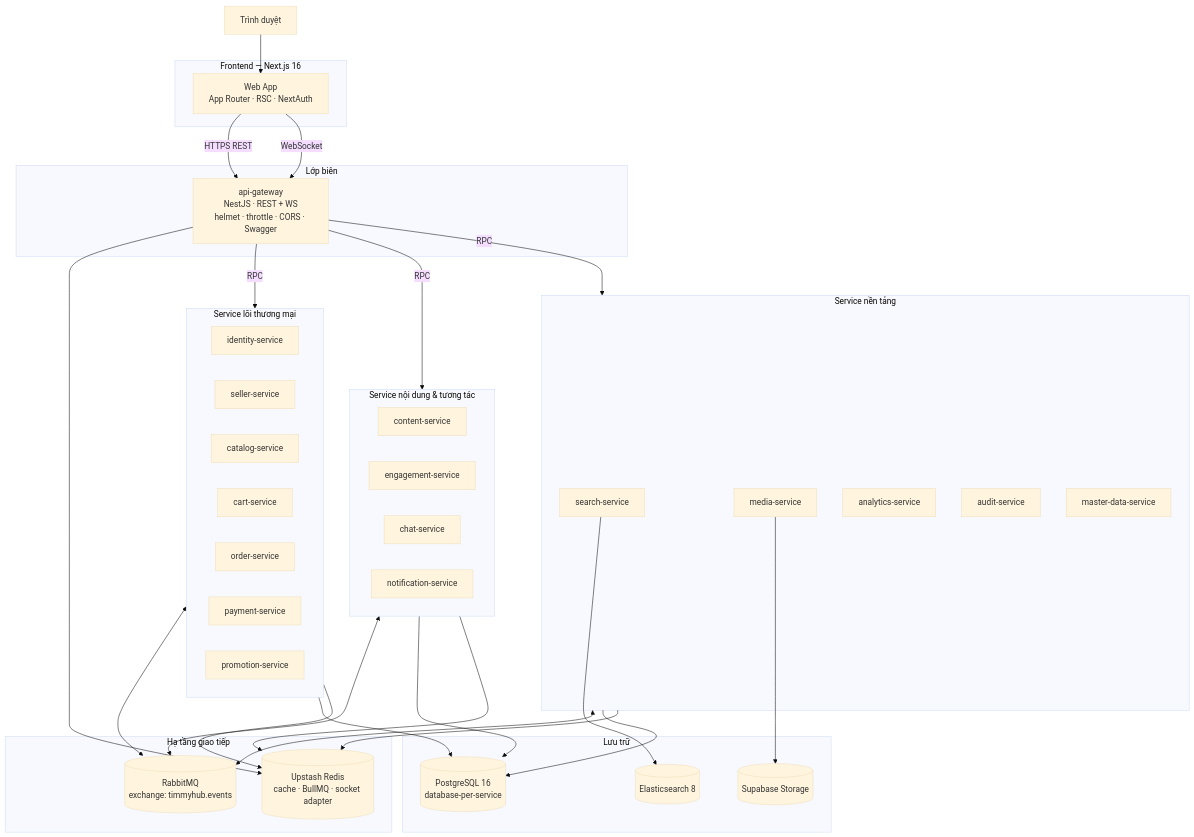
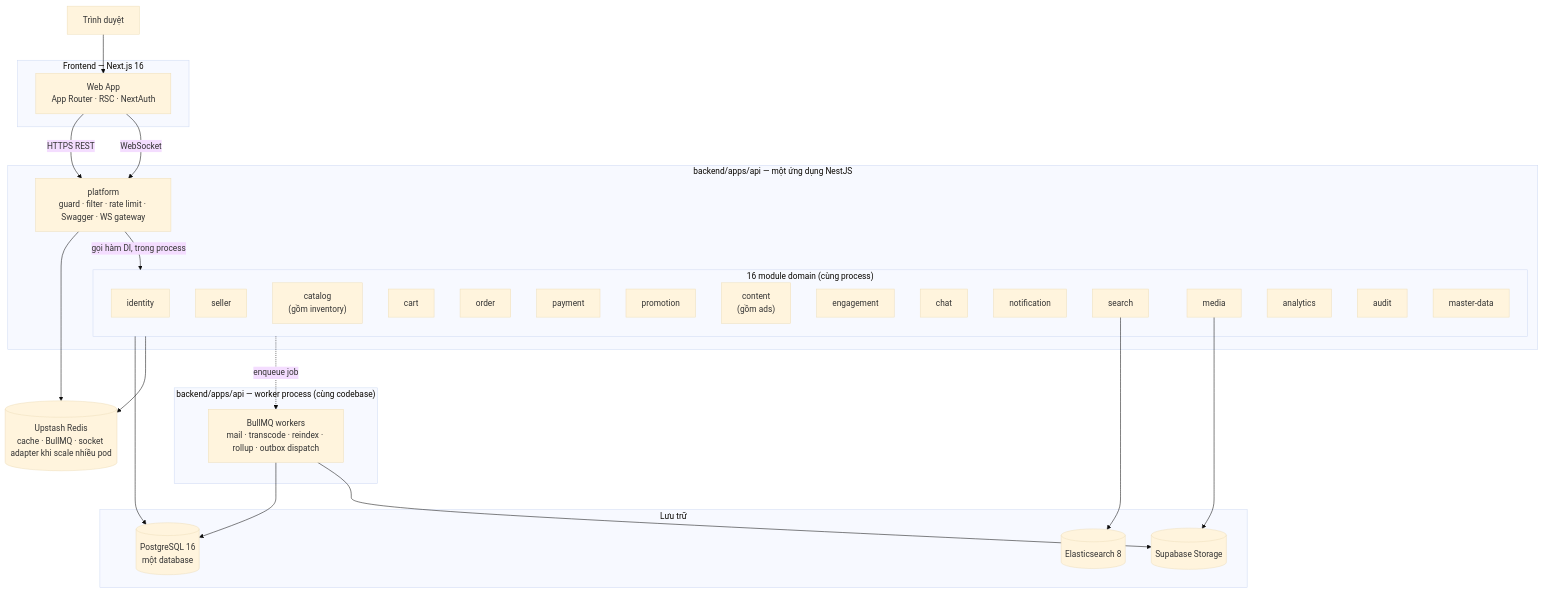
The second of 4 diagrams in docs/01-architecture/system-architecture.md (timmy277/timmyhub), drawn with Mermaid (base theme) before and after one commit. The commit also changed other lines of this file and 34 other files, not shown here.

````diff
--- a/docs/01-architecture/system-architecture.md
+++ b/docs/01-architecture/system-architecture.md
@@ -49,71 +56,58 @@
 ```mermaid
 flowchart TB
     BROWSER["Trình duyệt"]
 
     subgraph FE["Frontend — Next.js 16"]
         WEB["Web App<br/>App Router · RSC · NextAuth"]
     end
 
-    subgraph EDGE["Lớp biên"]
-        GW["api-gateway<br/>NestJS · REST + WS<br/>helmet · throttle · CORS · Swagger"]
+    subgraph API["backend/apps/api — một ứng dụng NestJS"]
+        GW["platform<br/>guard · filter · rate limit · Swagger · WS gateway"]
+        subgraph MODULES["16 module domain (cùng process)"]
+            IDN["identity"]
+            SEL["seller"]
+            CAT["catalog<br/>(gồm inventory)"]
+            CRT["cart"]
+            ORD["order"]
+            PAY["payment"]
+            PRM["promotion"]
+            CNT["content<br/>(gồm ads)"]
+            ENG["engagement"]
+            CHT["chat"]
+            NTF["notification"]
+            SRC["search"]
+            MED["media"]
+            ANA["analytics"]
+            AUD["audit"]
+            MDT["master-data"]
+        end
     end
 
-    subgraph BUS["Hạ tầng giao tiếp"]
-        RMQ[("RabbitMQ<br/>exchange: timmyhub.events")]
-        REDIS[("Upstash Redis<br/>cache · BullMQ · socket adapter")]
-    end
-
-    subgraph CORE["Service lõi thương mại"]
-        IDN["identity-service"]
-        SEL["seller-service"]
-        CAT["catalog-service"]
-        CRT["cart-service"]
-        ORD["order-service"]
-        PAY["payment-service"]
-        PRM["promotion-service"]
-    end
-
-    subgraph ENGAGE["Service nội dung & tương tác"]
-        CNT["content-service"]
-        ENG["engagement-service"]
-        CHT["chat-service"]
-        NTF["notification-service"]
-    end
-
-    subgraph PLAT["Service nền tảng"]
-        SRC["search-service"]
-        MED["media-service"]
-        ANA["analytics-service"]
-        AUD["audit-service"]
-        MDT["master-data-service"]
+    subgraph WORKER["backend/apps/api — worker process (cùng codebase)"]
+        BQ["BullMQ workers<br/>mail · transcode · reindex · rollup · outbox dispatch"]
     end
 
     subgraph DATA["Lưu trữ"]
-        PG[("PostgreSQL 16<br/>database-per-service")]
+        PG[("PostgreSQL 16<br/>một database")]
         ES[("Elasticsearch 8")]
         OBJ[("Supabase Storage")]
     end
+
+    REDIS[("Upstash Redis<br/>cache · BullMQ · socket adapter khi scale nhiều pod")]
 
     BROWSER --> WEB
     WEB -->|HTTPS REST| GW
     WEB -->|WebSocket| GW
 
-    GW -->|RPC| CORE
-    GW -->|RPC| ENGAGE
-    GW -->|RPC| PLAT
+    GW -->|gọi hàm DI, trong process| MODULES
 
-    CORE <--> RMQ
-    ENGAGE <--> RMQ
-    PLAT <--> RMQ
-
-    CORE --> PG
-    ENGAGE --> PG
-    PLAT --> PG
+    MODULES --> PG
     SRC --> ES
     MED --> OBJ
+    MODULES --> REDIS
+    GW --> REDIS
 
-    CORE --> REDIS
-    ENGAGE --> REDIS
-    PLAT --> REDIS
-    GW --> REDIS
+    MODULES -.enqueue job.-> BQ
+    BQ --> PG
+    BQ --> OBJ
 ```
````
